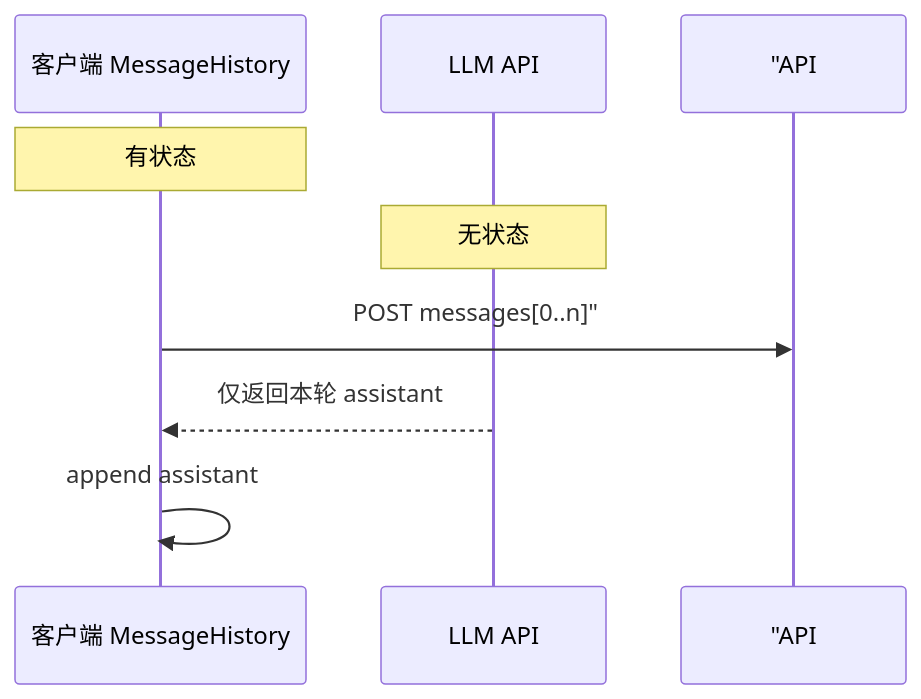
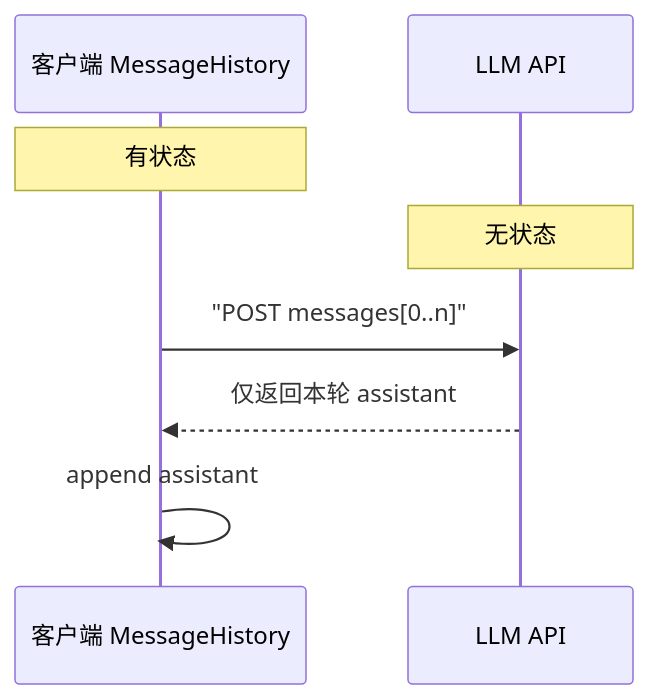
The first of 2 diagrams in course/day14/22_多轮对话深度讲义.md (ab6539763/70_days_course_plus), drawn with Mermaid before and after one commit. The commit also changed 80 other files, not shown here.

First line of the commit message:
fix(course): 修复 Mermaid 图表渲染报错 + 同步嵌入代码快照

````diff
--- a/course/day14/22_多轮对话深度讲义.md
+++ b/course/day14/22_多轮对话深度讲义.md
@@ -24,10 +24,10 @@
 ```mermaid
 sequenceDiagram
     participant C as 客户端 MessageHistory
     participant API as LLM API
     Note over C: 有状态
     Note over API: 无状态
-    C->> "API: POST messages[0..n]"
+    C->>API: "POST messages[0..n]"
     API-->>C: 仅返回本轮 assistant
     C->>C: append assistant
 ```
````
